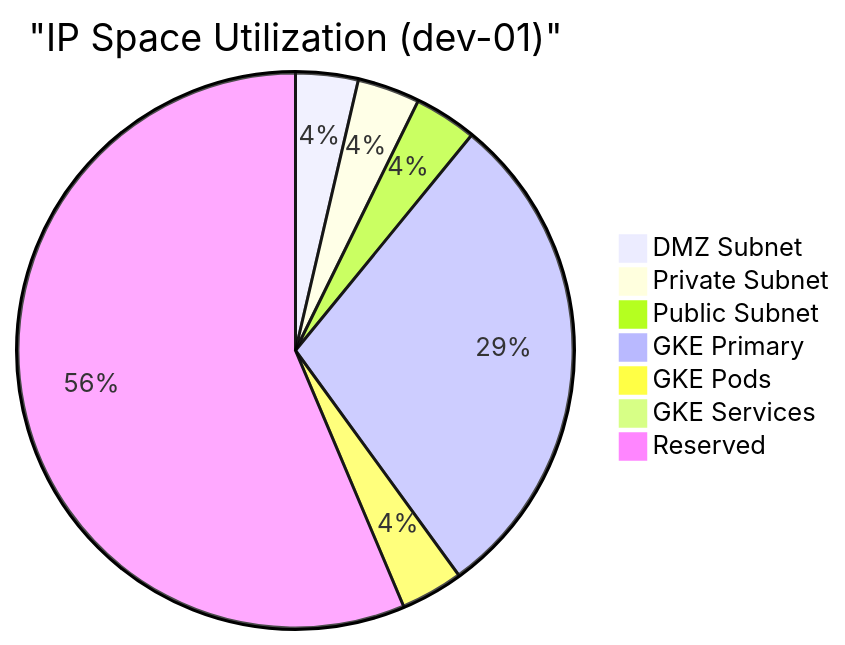
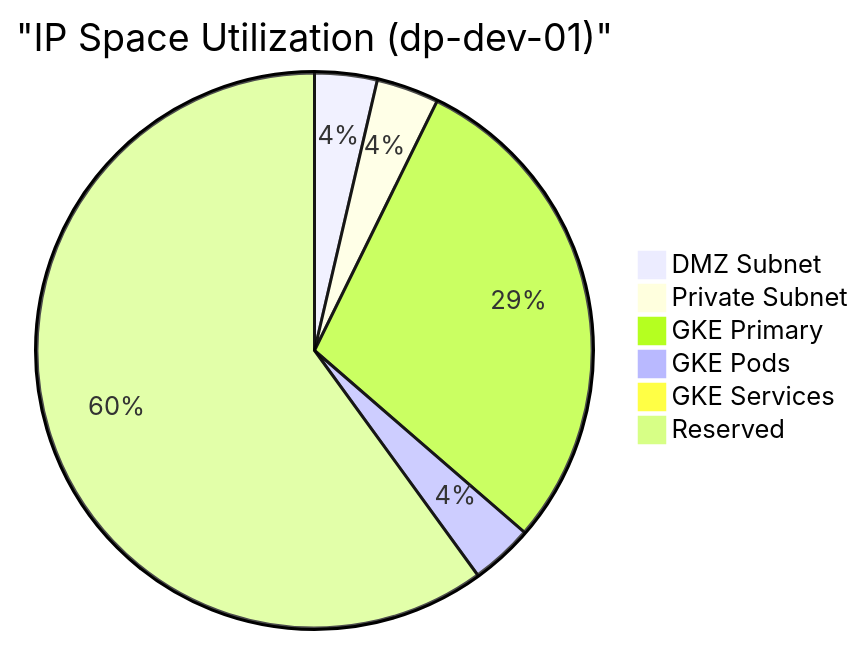
Before and after one commit to spolspol/terragrunt-gcp-org-automation: the sixth of 7 diagrams in docs/ARCHITECTURE_DIAGRAM.md, drawn with Mermaid. The commit also changed other lines of this file and 243 other files, not shown here.

````diff
--- a/docs/ARCHITECTURE_DIAGRAM.md
+++ b/docs/ARCHITECTURE_DIAGRAM.md
@@ -303,10 +506,9 @@
 ```mermaid
-pie title "IP Space Utilization (dev-01)"
+pie title "IP Space Utilization (dp-dev-01)"
     "DMZ Subnet" : 2048
     "Private Subnet" : 2048
-    "Public Subnet" : 2048
     "GKE Primary" : 16384
     "GKE Pods" : 2048
     "GKE Services" : 256
-    "Reserved" : 31744
+    "Reserved" : 33792
 ```
````
